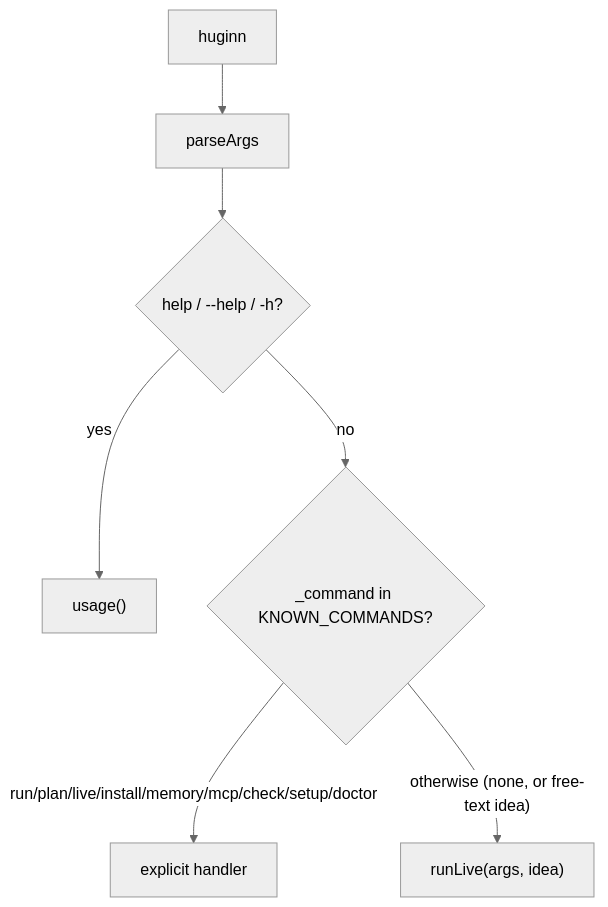
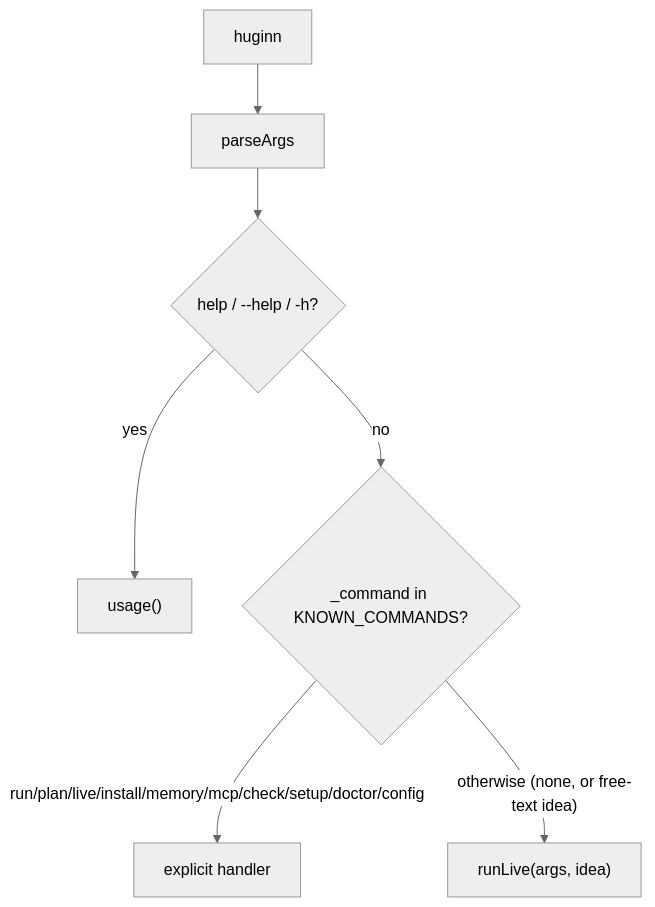
Diagram 19 of 20 in DESIGN.md (dahch/huginn), drawn with Mermaid (neutral theme) before and after one commit. The commit also changed other lines of this file and 2 other files, not shown here.

Commit message:
docs(phase3): sync config CLI and sandbox directory-scoping

````diff
--- a/DESIGN.md
+++ b/DESIGN.md
@@ -1492,9 +1505,9 @@
 ```mermaid
 flowchart TD
     A["huginn <argv>"] --> P["parseArgs"]
     P --> H{"help / --help / -h?"}
     H -- yes --> USAGE["usage()"]
     H -- no --> K{"_command in KNOWN_COMMANDS?"}
-    K -- "run/plan/live/install/memory/mcp/check/setup/doctor" --> EX["explicit handler"]
+    K -- "run/plan/live/install/memory/mcp/check/setup/doctor/config" --> EX["explicit handler"]
     K -- "otherwise (none, or free-text idea)" --> LIVE["runLive(args, idea)"]
 ```
````
